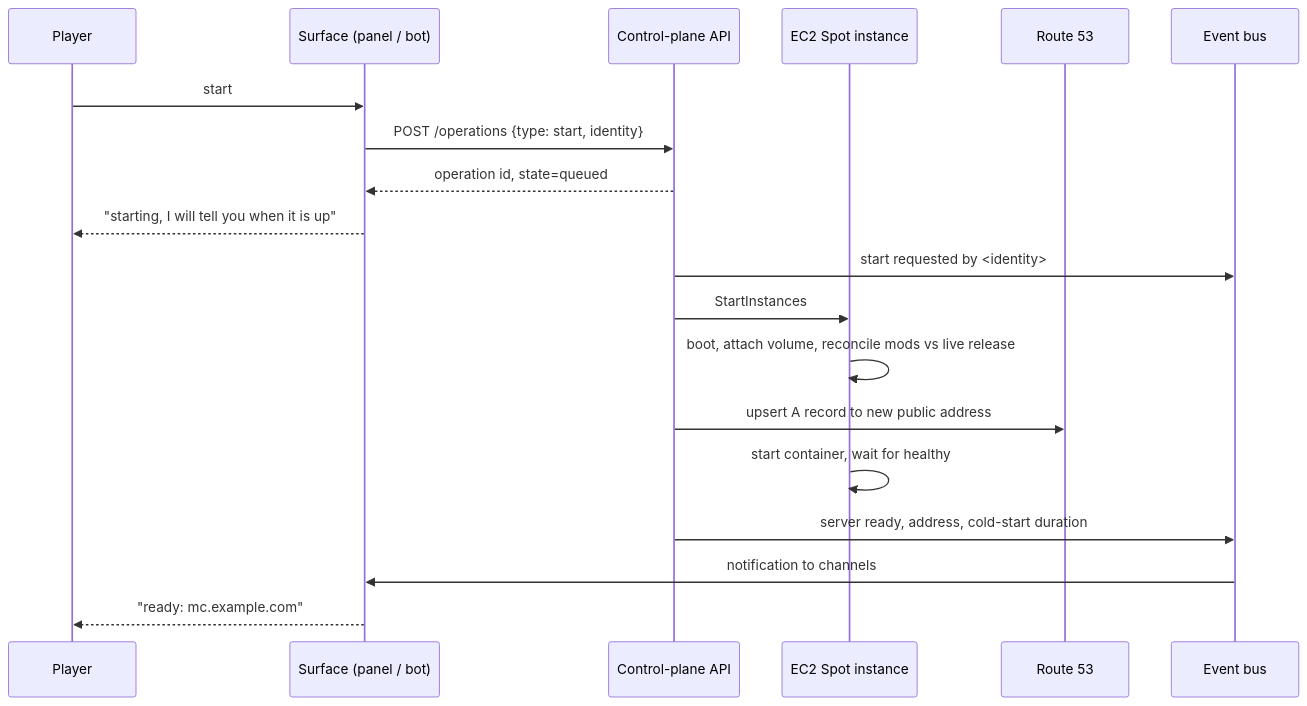
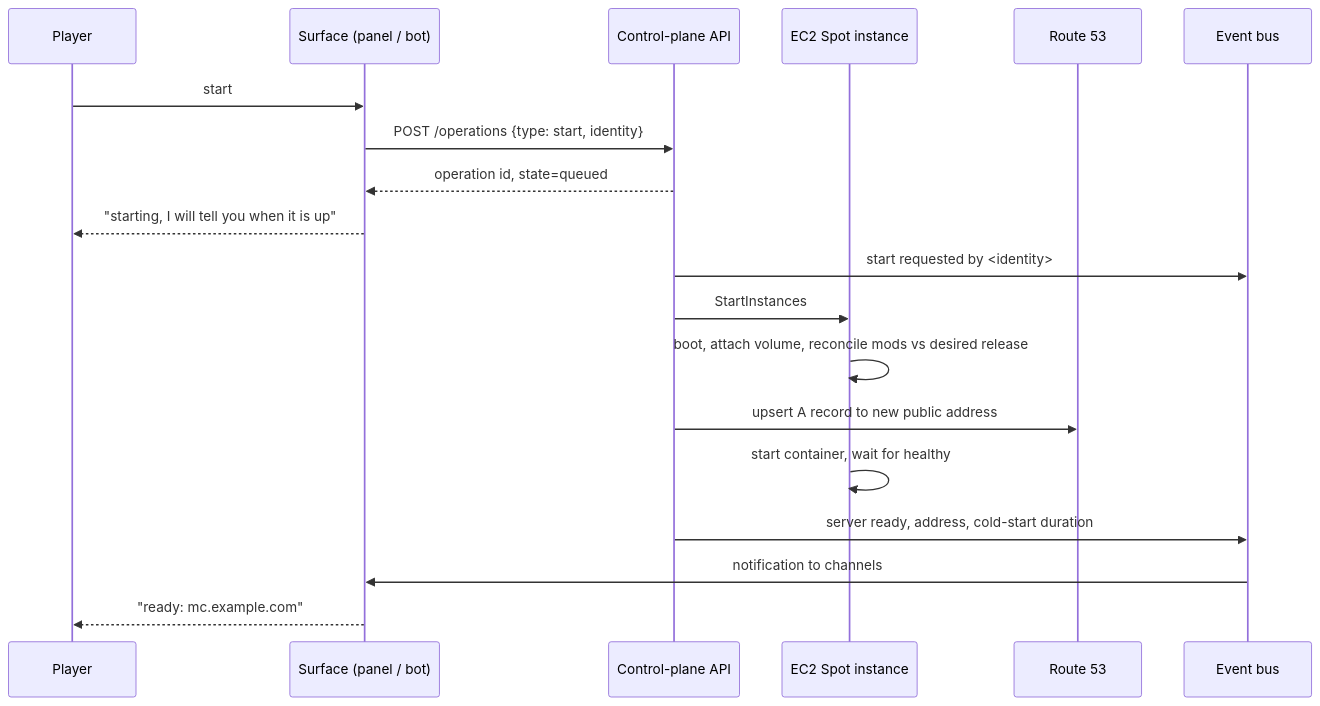
One commit to DrArzter/spawnpoint changed the first of 2 diagrams in docs/architecture.md. Above: the diagram before and after it, drawn with Mermaid. The commit also changed other lines of this file and 7 other files, not shown here.

Commit message:
docs(architecture): define first-class local control plane

````diff
--- a/docs/architecture.md
+++ b/docs/architecture.md
@@ -34,22 +47,22 @@
 ```mermaid
 sequenceDiagram
     participant U as Player
     participant S as Surface (panel / bot)
     participant API as Control-plane API
     participant EC2 as EC2 Spot instance
     participant DNS as Route 53
     participant BUS as Event bus
 
     U->>S: start
     S->>API: POST /operations {type: start, identity}
     API-->>S: operation id, state=queued
     S-->>U: "starting, I will tell you when it is up"
     API->>BUS: start requested by <identity>
     API->>EC2: StartInstances
-    EC2->>EC2: boot, attach volume, reconcile mods vs live release
+    EC2->>EC2: boot, attach volume, reconcile mods vs desired release
     API->>DNS: upsert A record to new public address
     EC2->>EC2: start container, wait for healthy
     API->>BUS: server ready, address, cold-start duration
     BUS->>S: notification to channels
     S-->>U: "ready: mc.example.com"
 ```
````
